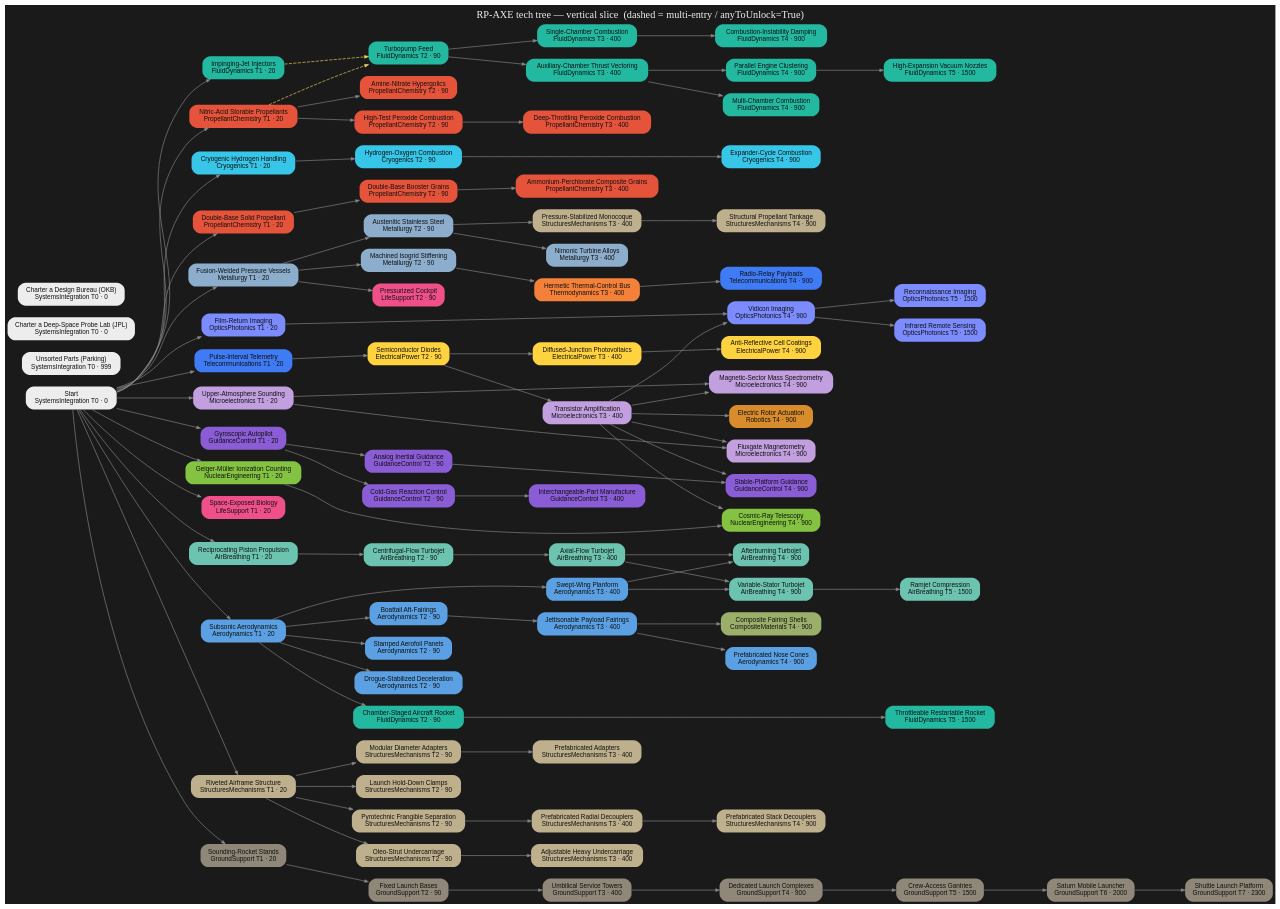
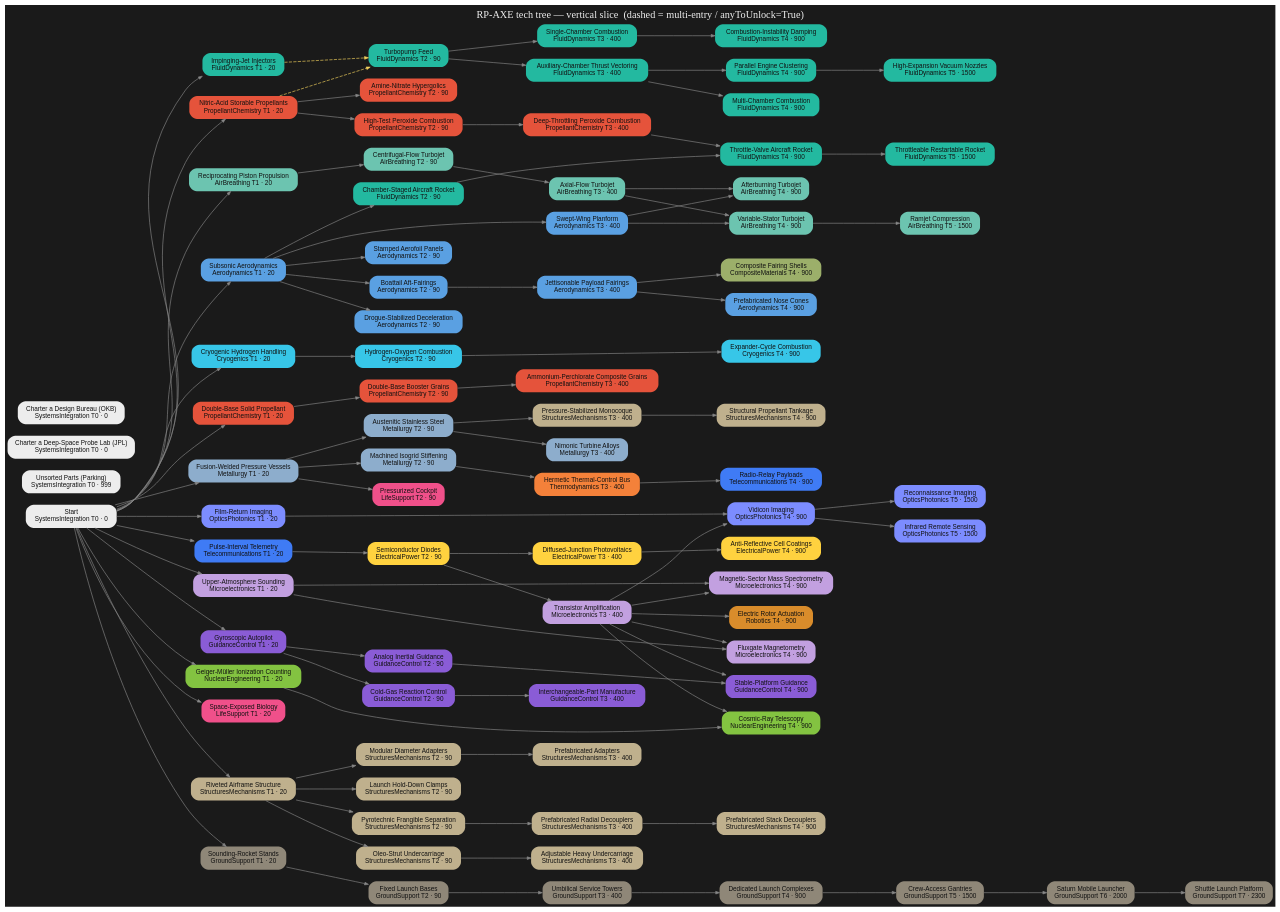
The diagram in tree/render/axe-tree.dot (miskoltrans/RP-AXE), drawn with Graphviz before and after one commit. The commit also changed 6 other files, not shown here.

```diff
--- a/tree/render/axe-tree.dot
+++ b/tree/render/axe-tree.dot
@@ -56,6 +56,7 @@
   "av_afterburner" [label="Afterburning Turbojet\nAirBreathing T4 · 900",fillcolor="#6cc4b0",fontcolor="#111111"];
   "av_variableStator" [label="Variable-Stator Turbojet\nAirBreathing T4 · 900",fillcolor="#6cc4b0",fontcolor="#111111"];
   "av_ramjet" [label="Ramjet Compression\nAirBreathing T5 · 1500",fillcolor="#6cc4b0",fontcolor="#111111"];
+  "fd_throttleableRocketplane" [label="Throttle-Valve Aircraft Rocket\nFluidDynamics T4 · 900",fillcolor="#23b9a0",fontcolor="#111111"];
   "fd_throttlingRocket" [label="Throttleable Restartable Rocket\nFluidDynamics T5 · 1500",fillcolor="#23b9a0",fontcolor="#111111"];
   "str_structuralHardware" [label="Riveted Airframe Structure\nStructuresMechanisms T1 · 20",fillcolor="#bfb08d",fontcolor="#111111"];
   "gnc_postWarAvionics" [label="Gyroscopic Autopilot\nGuidanceControl T1 · 20",fillcolor="#8a5cd6",fontcolor="#111111"];
@@ -90,7 +91,7 @@
   { rank=same; "pc_storables" "cryo_hydrogen" "pc_doubleBaseSolid" "fd_injectors" "met_weldedTank" "tel_telemetry" "opt_filmReturn" "nuc_geiger" "bio_cultures" "mic_atmoSounding" "aero_subsonicWing" "str_structuralHardware" "gnc_postWarAvionics" "prop_recipEngine" "gs_soundingStands" }
   { rank=same; "fd_turbopumpFeed" "cryo_hydroloxPrototype" "pc_doubleBaseBooster" "pc_hypergolics" "pc_htp" "met_stainlessSteel" "met_isogrid" "str_staging" "elec_semiconductorDiode" "gnc_rcs" "aero_recovery" "str_landingGear" "av_centrifugalJet" "fd_rocketplaneRocket" "gnc_avionicsPrototypes" "aero_stampedWings" "aero_boattail" "str_diameterAdapters" "life_pilotedCockpits" "gs_launchClamps" "gs_launchBases" }
   { rank=same; "fd_singleChamber" "fd_verniers" "pc_compositeSolid" "pc_stentor" "met_nimonic" "str_balloonTank" "aero_fairings" "th_hermeticBus" "elec_transistor" "elec_siliconPV" "str_adjustableGear" "av_axialJet" "aero_supersonicWing" "gnc_standardRCS" "str_prefabAdapters" "str_radialDecouplers" "gs_serviceTowers" }
-  { rank=same; "fd_largeChamber" "fd_orbitalSoviet" "fd_orbitalMultiChamber" "cryo_expanderCycle" "rob_rotorActuation" "opt_vidicon" "mic_massSpec" "mic_magnetometer" "av_afterburner" "av_variableStator" "gnc_earlyAvionics" "str_serviceModuleTank" "cmp_compositeFairings" "elec_arCoatings" "str_standardDecouplers" "tel_appSatellites" "gs_dedicatedComplexes" "aero_prefabNoseCones" "nuc_cosmicRay" }
+  { rank=same; "fd_largeChamber" "fd_orbitalSoviet" "fd_orbitalMultiChamber" "cryo_expanderCycle" "rob_rotorActuation" "opt_vidicon" "mic_massSpec" "mic_magnetometer" "av_afterburner" "av_variableStator" "fd_throttleableRocketplane" "gnc_earlyAvionics" "str_serviceModuleTank" "cmp_compositeFairings" "elec_arCoatings" "str_standardDecouplers" "tel_appSatellites" "gs_dedicatedComplexes" "aero_prefabNoseCones" "nuc_cosmicRay" }
   { rank=same; "fd_matureOrbital" "av_ramjet" "fd_throttlingRocket" "gs_crewGantries" "opt_recon" "opt_remoteSensing" }
   { rank=same; "gs_saturnPad" }
   { rank=same; "gs_shuttlePad" }
@@ -150,7 +151,9 @@
   "av_axialJet" -> "av_variableStator" [style=solid];
   "aero_supersonicWing" -> "av_variableStator" [style=solid];
   "av_variableStator" -> "av_ramjet" [style=solid];
-  "fd_rocketplaneRocket" -> "fd_throttlingRocket" [style=solid];
+  "fd_rocketplaneRocket" -> "fd_throttleableRocketplane" [style=solid];
+  "pc_stentor" -> "fd_throttleableRocketplane" [style=solid];
+  "fd_throttleableRocketplane" -> "fd_throttlingRocket" [style=solid];
   "start" -> "str_structuralHardware" [style=solid];
   "start" -> "gnc_postWarAvionics" [style=solid];
   "gnc_postWarAvionics" -> "gnc_avionicsPrototypes" [style=solid];
```
